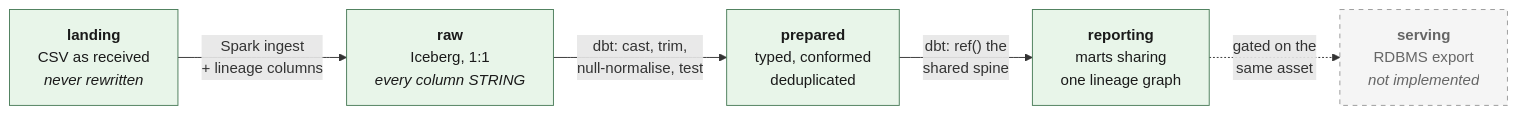
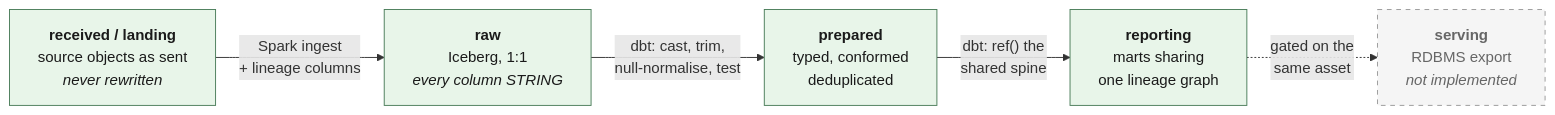
One commit to RichardFellows/reporting-platform-local changed the third of 6 diagrams in README.md. Above: the diagram before and after it, drawn with Mermaid. The commit also changed other lines of this file and 1 other file, not shown here.

````diff
--- a/README.md
+++ b/README.md
@@ -63,18 +115,18 @@
 ```mermaid
 flowchart LR
-    A["<b>landing</b><br/>CSV as received<br/><i>never rewritten</i>"]
+    A["<b>received / landing</b><br/>source objects as sent<br/><i>never rewritten</i>"]
     B["<b>raw</b><br/>Iceberg, 1:1<br/><i>every column STRING</i>"]
     C["<b>prepared</b><br/>typed, conformed<br/>deduplicated"]
     D["<b>reporting</b><br/>marts sharing<br/>one lineage graph"]
     E["<b>serving</b><br/>RDBMS export<br/><i>not implemented</i>"]
 
     A -->|"Spark ingest<br/>+ lineage columns"| B
     B -->|"dbt: cast, trim,<br/>null-normalise, test"| C
     C -->|"dbt: ref() the<br/>shared spine"| D
     D -.->|"gated on the<br/>same asset"| E
 
     classDef done fill:#e8f5e9,stroke:#4a7c59,color:#1a1a1a
     classDef todo fill:#f5f5f5,stroke:#999,color:#666,stroke-dasharray:5
     class A,B,C,D done
     class E todo
 ```
````
